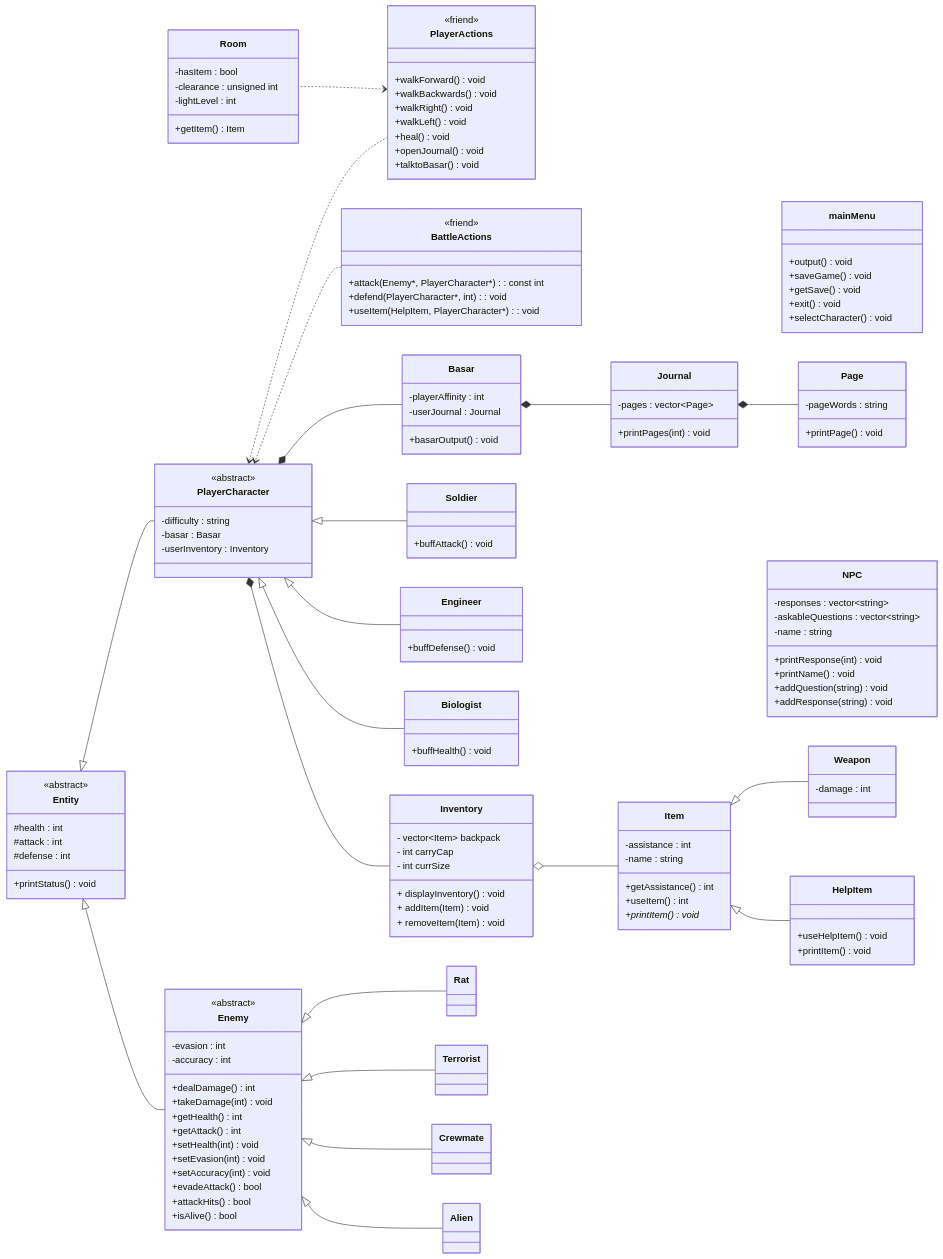
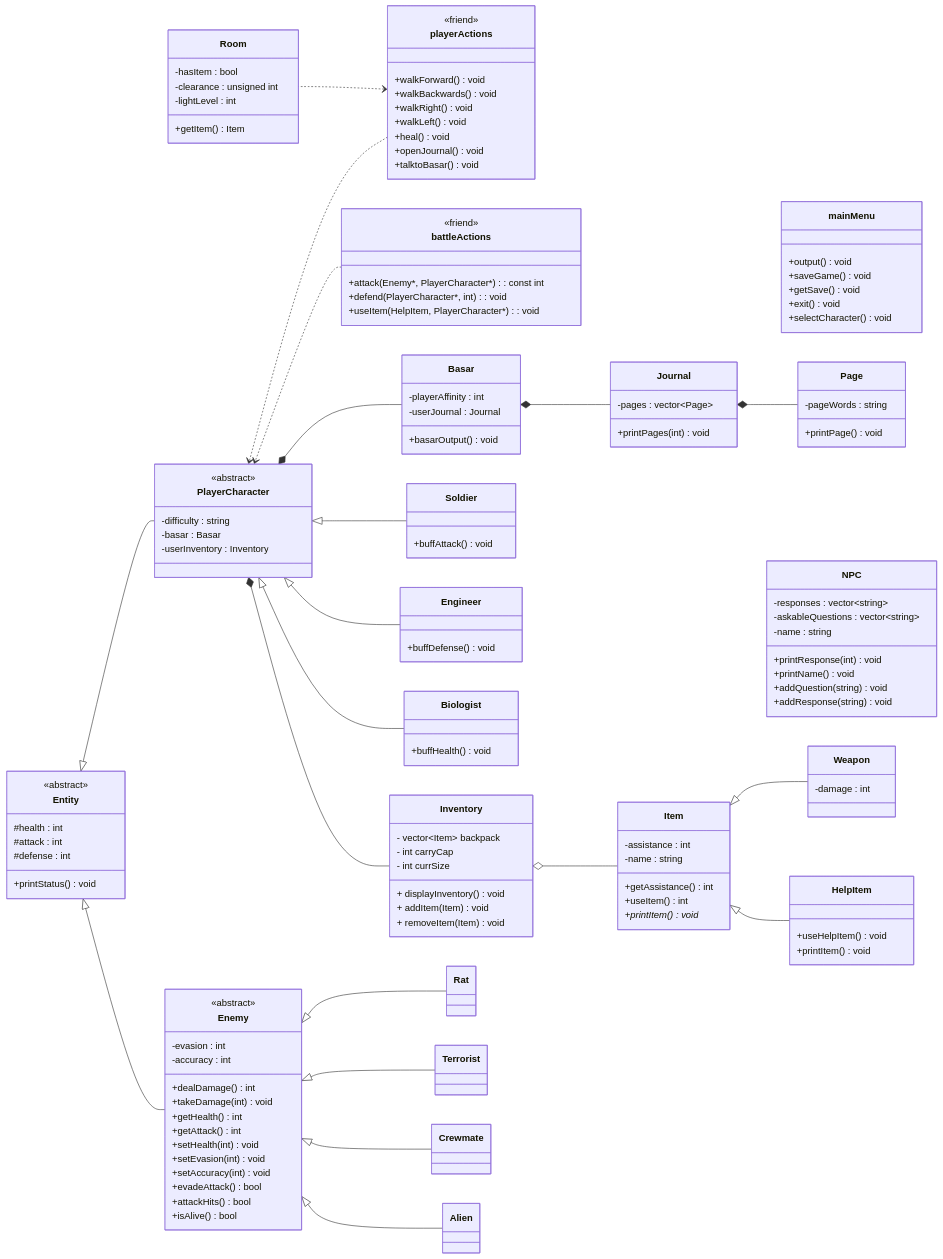
Before and after one commit to jalee314/dAEraFinal: the first of 2 diagrams in README.md, drawn with Mermaid. The commit also changed other lines of this file, not shown here.

Commit message:
Added class diagram description and edited the UML diagram to reflect our current progress and plans

```diff
--- a/README.md
+++ b/README.md
@@ -72,7 +72,7 @@
 class Biologist {
     +buffHealth()void
 }
-class PlayerActions {
+class playerActions {
     +walkForward()void
 	+walkBackwards()void
 	+walkRight()void
@@ -81,9 +81,9 @@
 	+openJournal()void
 	+talktoBasar()void
 }
-<<friend>> PlayerActions
+<<friend>> playerActions
 
-PlayerActions<..Room
+playerActions<..Room
 class Room {
     -hasItem : bool
     -clearance : unsigned int
@@ -91,12 +91,12 @@
     +getItem()Item
 }
 
-class BattleActions {
+class battleActions {
 	+attack(Enemy*, PlayerCharacter*) : const int
 	+defend(PlayerCharacter*, int) : void
 	+useItem(HelpItem, PlayerCharacter*) : void
 }
-<<friend>> BattleActions
+<<friend>> battleActions
 
 class Basar {
     -playerAffinity : int
@@ -116,8 +116,8 @@
 }
 Page --* Journal
 
-PlayerActions..>PlayerCharacter
-BattleActions..>PlayerCharacter
+playerActions..>PlayerCharacter
+battleActions..>PlayerCharacter
 Basar --* PlayerCharacter
 Soldier--|>PlayerCharacter
 Engineer--|>PlayerCharacter
```
